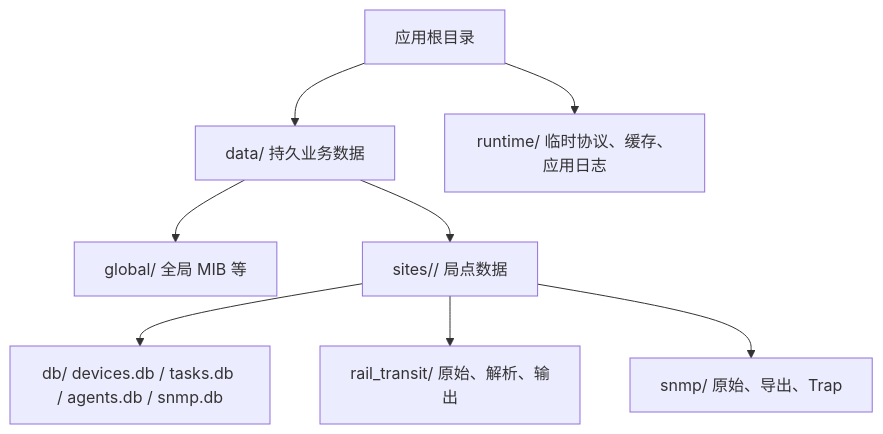
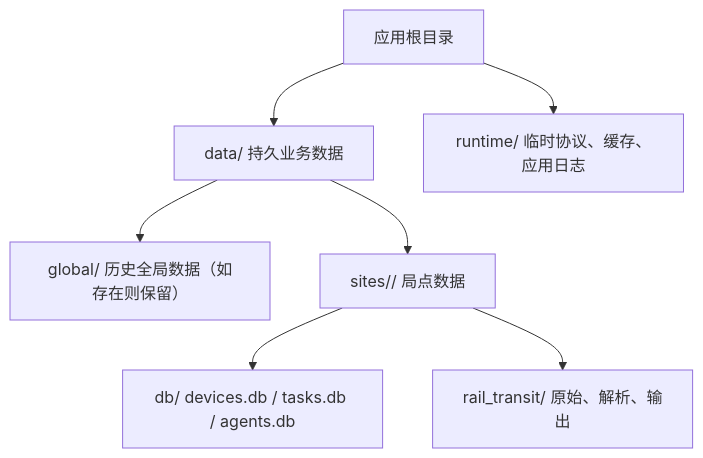
Before and after one commit to wxj183589/NetConsole: the fifth of 6 diagrams in docs/ARCHITECTURE.md, drawn with Mermaid. The commit also changed other lines of this file and 126 other files, not shown here.

````diff
--- a/docs/ARCHITECTURE.md
+++ b/docs/ARCHITECTURE.md
@@ -126,10 +126,9 @@
 ```mermaid
 flowchart TD
     ROOT["应用根目录"] --> DATA["data/ 持久业务数据"]
     ROOT --> RUN["runtime/ 临时协议、缓存、应用日志"]
-    DATA --> GLOBAL["global/ 全局 MIB 等"]
+    DATA --> GLOBAL["global/ 历史全局数据（如存在则保留）"]
     DATA --> SITES["sites/<site>/ 局点数据"]
-    SITES --> DB["db/ devices.db / tasks.db / agents.db / snmp.db"]
+    SITES --> DB["db/ devices.db / tasks.db / agents.db"]
     SITES --> RAIL["rail_transit/ 原始、解析、输出"]
-    SITES --> SNMP["snmp/ 原始、导出、Trap"]
 ```
````
